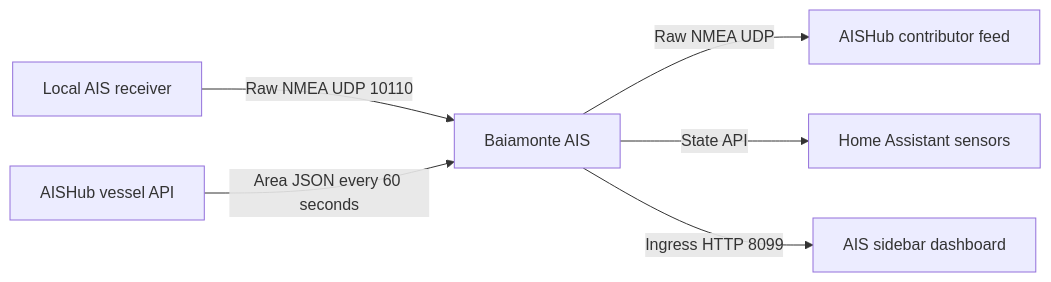
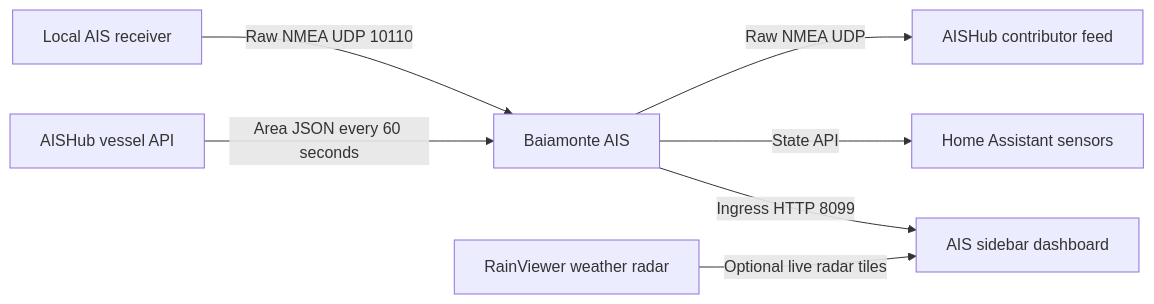
One commit to drahamin/home-assistant-ais changed the diagram in ARCHITECTURE.md. Above: the diagram before and after it, drawn with Mermaid. The commit also changed other lines of this file and 12 other files, not shown here.

Commit message:
Add TV weather radar and map controls

````diff
--- a/ARCHITECTURE.md
+++ b/ARCHITECTURE.md
@@ -5,8 +5,9 @@
 ```mermaid
 flowchart LR
     R[Local AIS receiver] -->|Raw NMEA UDP 10110| B[Baiamonte AIS]
     B -->|Raw NMEA UDP| F[AISHub contributor feed]
     A[AISHub vessel API] -->|Area JSON every 60 seconds| B
+    W[RainViewer weather radar] -->|Optional live radar tiles| D
     B -->|State API| H[Home Assistant sensors]
     B -->|Ingress HTTP 8099| D[AIS sidebar dashboard]
 ```
````
